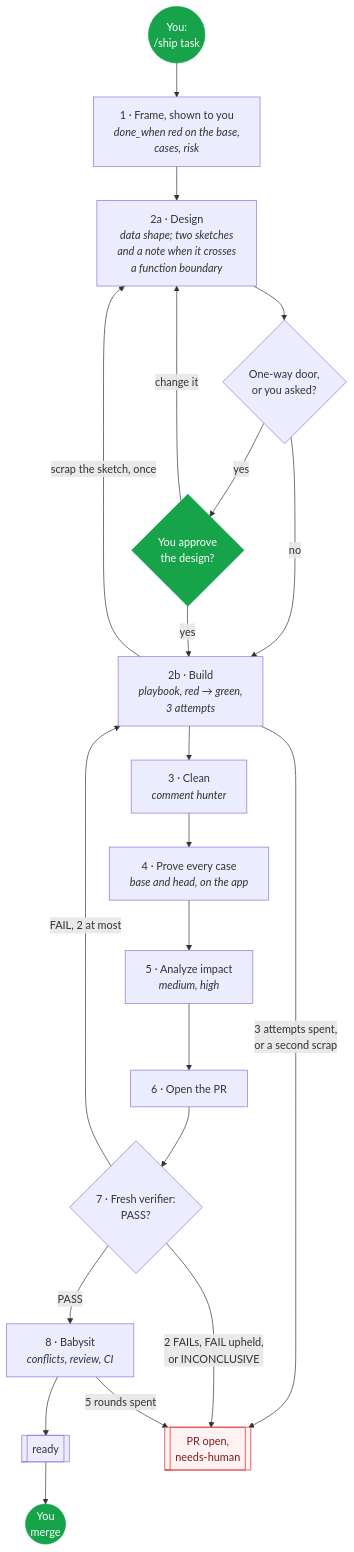
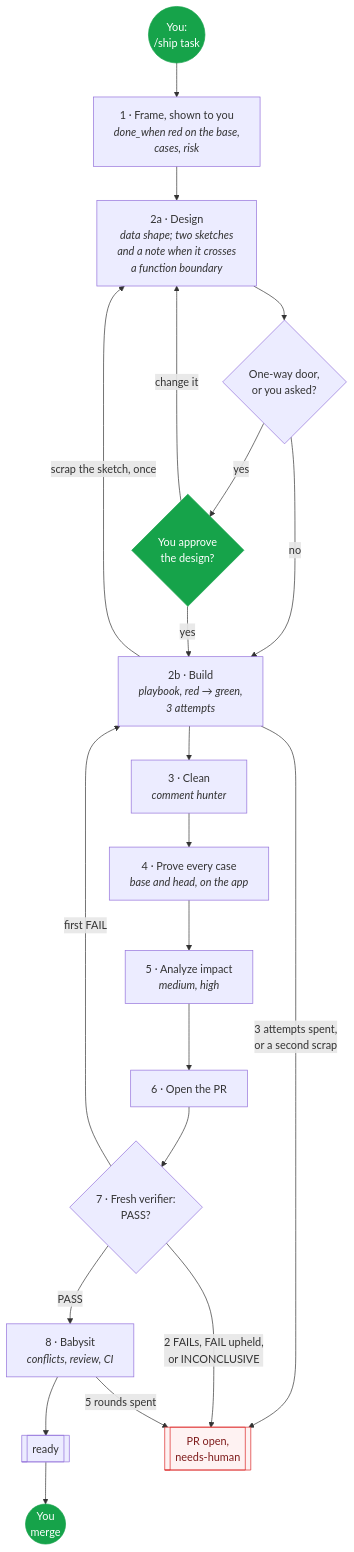
One commit to Ilian-Allaf/skillstack changed the second of 2 diagrams in skills/README.md. Above: the diagram before and after it, drawn with Mermaid. The commit also changed other lines of this file and 27 other files, not shown here.

````diff
--- a/skills/README.md
+++ b/skills/README.md
@@ -105,36 +106,36 @@
 ```mermaid
 flowchart TB
   go(("You:<br/>/ship task"))
   frame["1 · Frame, shown to you<br/><i>done_when red on the base,<br/>cases, risk</i>"]
   design["2a · Design<br/><i>data shape; two sketches<br/>and a note when it crosses<br/>a function boundary</i>"]
   door{"One-way door,<br/>or you asked?"}
   shown{"You approve<br/>the design?"}
   build["2b · Build<br/><i>playbook, red → green,<br/>3 attempts</i>"]
   clean["3 · Clean<br/><i>comment hunter</i>"]
   proofs["4 · Prove every case<br/><i>base and head, on the app</i>"]
   impact["5 · Analyze impact<br/><i>medium, high</i>"]
   open["6 · Open the PR"]
   verdict{"7 · Fresh verifier:<br/>PASS?"}
   babysit["8 · Babysit<br/><i>conflicts, review, CI</i>"]
   ready[["ready"]]
   merge(("You<br/>merge"))
   human[["PR open,<br/>needs-human"]]
 
   go --> frame --> design --> door
   door -->|no| build
   door -->|yes| shown
   shown -->|yes| build
   shown -->|change it| design
   build -->|scrap the sketch, once| design
   build --> clean --> proofs --> impact --> open --> verdict
   build -->|"3 attempts spent,<br/>or a second scrap"| human
-  verdict -->|"FAIL, 2 at most"| build
+  verdict -->|first FAIL| build
   verdict -->|PASS| babysit --> ready --> merge
   verdict -->|"2 FAILs, FAIL upheld,<br/>or INCONCLUSIVE"| human
   babysit -->|5 rounds spent| human
 
   classDef you fill:#16a34a,stroke:#16a34a,color:#fff
   classDef stop fill:#fef2f2,stroke:#dc2626,color:#7f1d1d
   class go,shown,merge you
   class human stop
 ```
````
